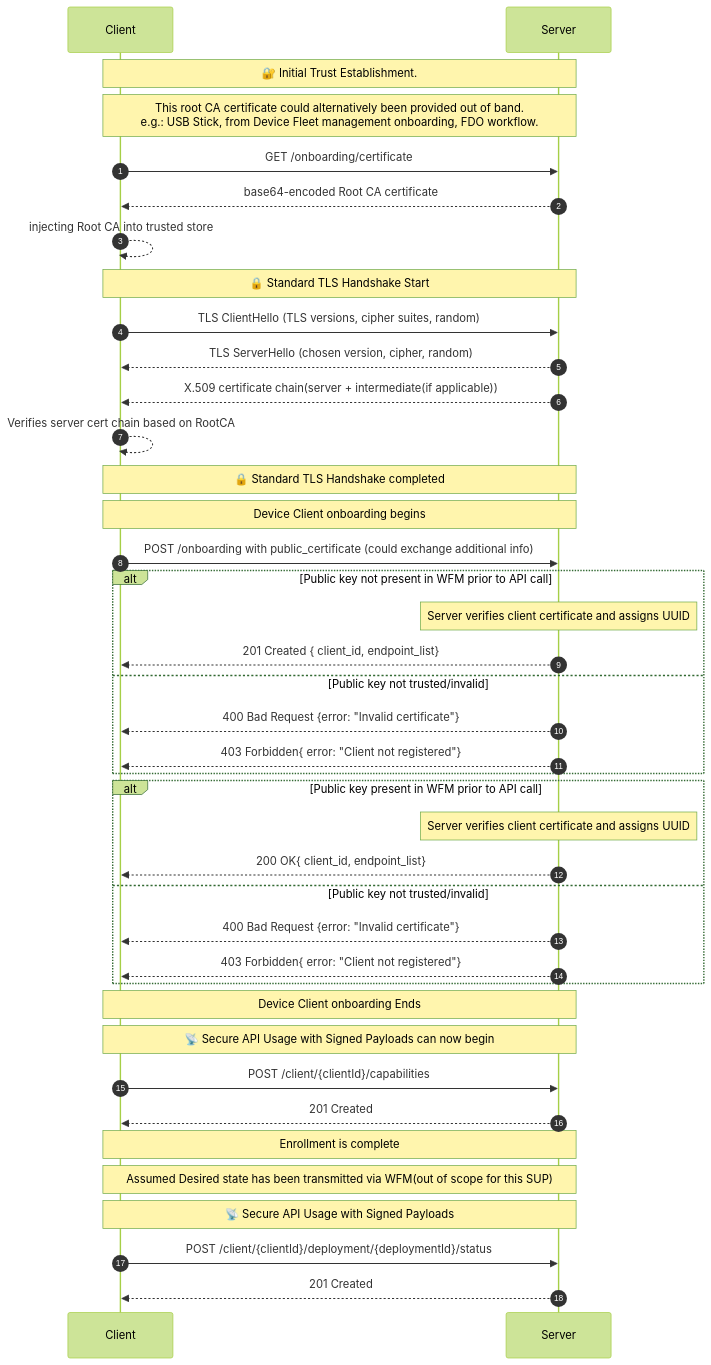
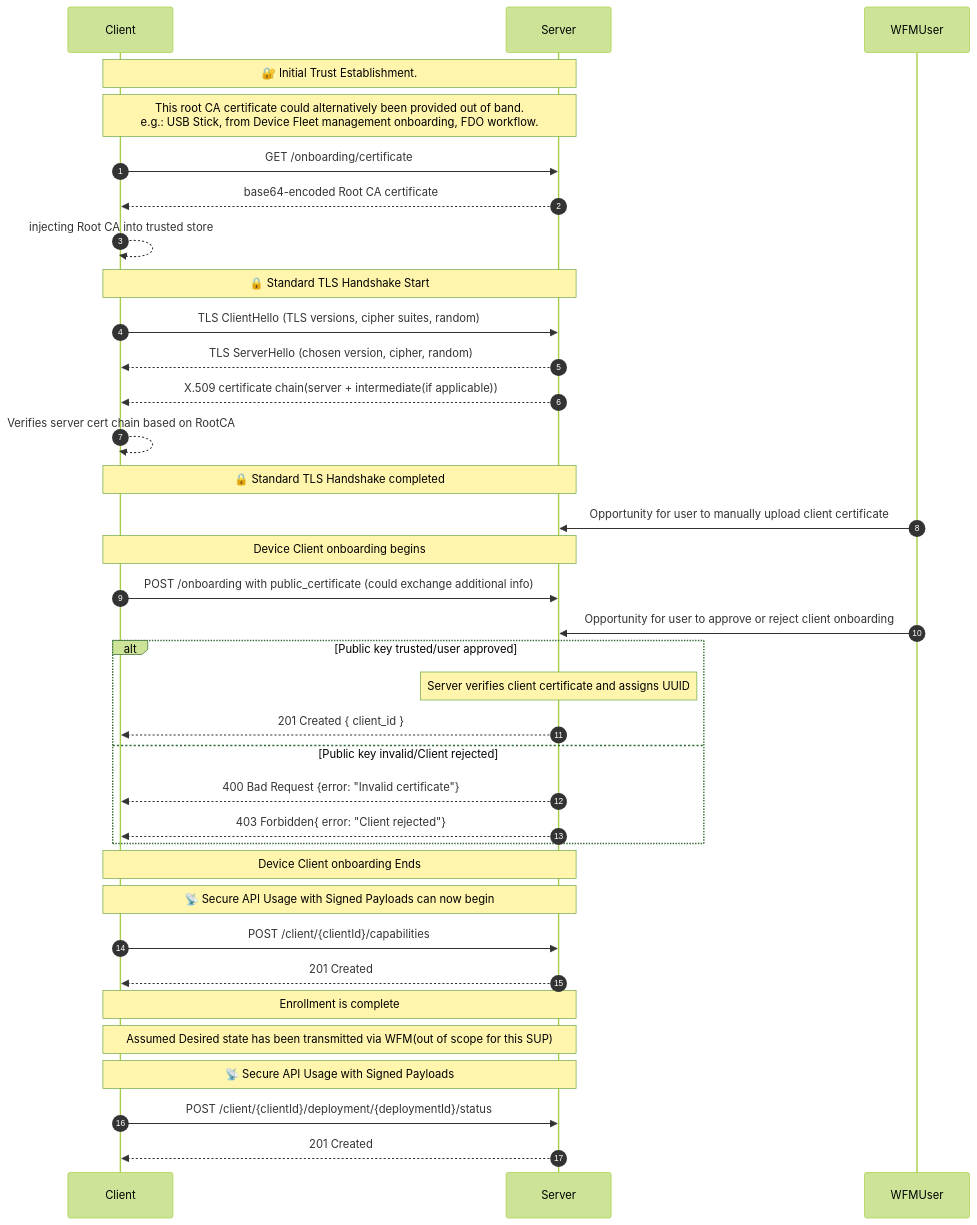
The diagram in submitted/api-details-finalization-SUP-folder/api-details-finalization-SUP-WIP.md (jjaswanson4/specification-enhancements), drawn with Mermaid (forest theme) before and after one commit. The commit also changed 1 other file, not shown here.

Commit message:
Updates to SUP Proposal based on FB. Signed-off-by: Armand Craig <ajcraig@ra.rockwell.com>

````diff
--- a/submitted/api-details-finalization-SUP-folder/api-details-finalization-SUP-WIP.md
+++ b/submitted/api-details-finalization-SUP-folder/api-details-finalization-SUP-WIP.md
@@ -134,46 +134,41 @@
 ```mermaid
 sequenceDiagram
     autonumber
     participant Client
     participant Server
 
     Note over Client,Server: 🔐 Initial Trust Establishment. 
     Note over Client,Server: This root CA certificate could alternatively been provided out of band. <br> e.g.: USB Stick, from Device Fleet management onboarding, FDO workflow.
     Client->>Server: GET /onboarding/certificate
     Server-->>Client: base64-encoded Root CA certificate
     Client-->>Client: injecting Root CA into trusted store
 
     Note over Client,Server: 🔒 Standard TLS Handshake Start
     Client->>Server: TLS ClientHello (TLS versions, cipher suites, random)
     Server-->>Client: TLS ServerHello (chosen version, cipher, random)
     Server-->>Client: X.509 certificate chain(server + intermediate(if applicable))
     Client-->>Client: Verifies server cert chain based on RootCA
     Note over Client,Server: 🔒 Standard TLS Handshake completed
+    WFMUser->>Server: Opportunity for user to manually upload client certificate
     Note over Client,Server: Device Client onboarding begins
     Client->>Server: POST /onboarding with public_certificate (could exchange additional info)
-    alt Public key not present in WFM prior to API call
+    WFMUser->>Server: Opportunity for user to approve or reject client onboarding
+    alt Public key trusted/user approved
         Note over Server: Server verifies client certificate and assigns UUID
-        Server-->>Client: 201 Created { client_id, endpoint_list}
-    else Public key not trusted/invalid
+        Server-->>Client: 201 Created { client_id }
+    else Public key invalid/Client rejected
         Server-->>Client: 400 Bad Request {error: "Invalid certificate"}
-        Server-->>Client: 403 Forbidden{ error: "Client not registered"}
-    end
-    alt Public key present in WFM prior to API call
-        Note over Server: Server verifies client certificate and assigns UUID
-        Server-->>Client: 200 OK{ client_id, endpoint_list}
-    else Public key not trusted/invalid
-        Server-->>Client: 400 Bad Request {error: "Invalid certificate"}
-        Server-->>Client: 403 Forbidden{ error: "Client not registered"}
+        Server-->>Client: 403 Forbidden{ error: "Client rejected"}
     end
     Note over Client,Server: Device Client onboarding Ends
     Note over Client,Server: 📡 Secure API Usage with Signed Payloads can now begin
 
     Client->>Server: POST /client/{clientId}/capabilities
     Server-->>Client: 201 Created
     Note over Client,Server: Enrollment is complete
 
     Note over Client,Server: Assumed Desired state has been transmitted via WFM(out of scope for this SUP)
     Note over Client,Server: 📡 Secure API Usage with Signed Payloads
     Client->>Server: POST /client/{clientId}/deployment/{deploymentId}/status
     Server-->>Client: 201 Created
 ```
````
